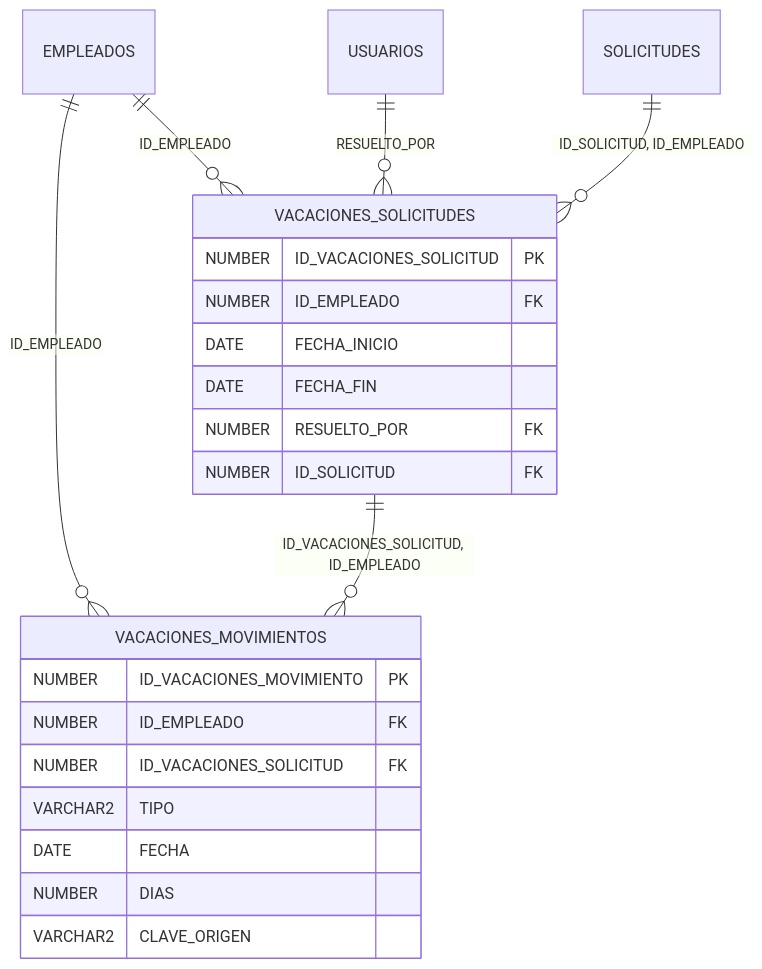
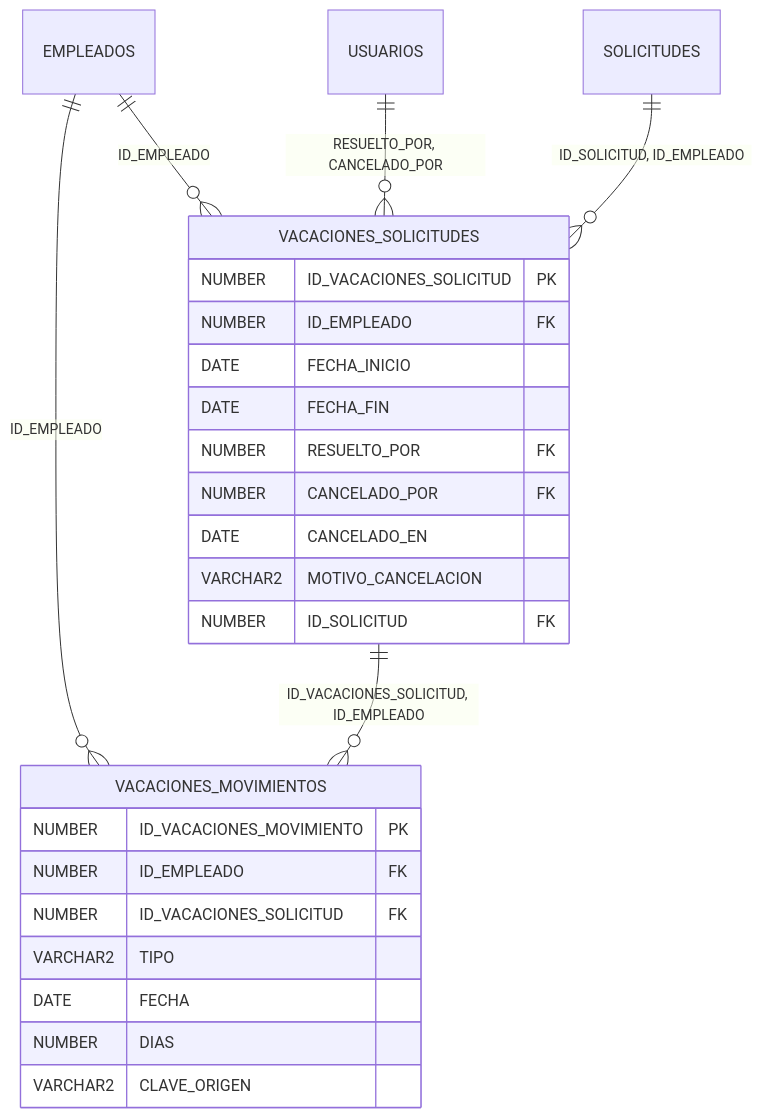
Before and after one commit to emartinez-umg/Nomina_2: the tenth of 22 diagrams in docs/ERD.md, drawn with Mermaid. The commit also changed other lines of this file and 33 other files, not shown here.

````diff
--- a/docs/ERD.md
+++ b/docs/ERD.md
@@ -515,25 +516,28 @@
 ```mermaid
 erDiagram
     VACACIONES_SOLICITUDES {
         NUMBER ID_VACACIONES_SOLICITUD PK
         NUMBER ID_EMPLEADO FK
         DATE FECHA_INICIO
         DATE FECHA_FIN
         NUMBER RESUELTO_POR FK
+        NUMBER CANCELADO_POR FK
+        DATE CANCELADO_EN
+        VARCHAR2 MOTIVO_CANCELACION
         NUMBER ID_SOLICITUD FK
     }
     VACACIONES_MOVIMIENTOS {
         NUMBER ID_VACACIONES_MOVIMIENTO PK
         NUMBER ID_EMPLEADO FK
         NUMBER ID_VACACIONES_SOLICITUD FK
         VARCHAR2 TIPO
         DATE FECHA
         NUMBER DIAS
         VARCHAR2 CLAVE_ORIGEN
     }
     EMPLEADOS ||--o{ VACACIONES_SOLICITUDES : "ID_EMPLEADO"
-    USUARIOS ||--o{ VACACIONES_SOLICITUDES : "RESUELTO_POR"
+    USUARIOS ||--o{ VACACIONES_SOLICITUDES : "RESUELTO_POR, CANCELADO_POR"
     SOLICITUDES ||--o{ VACACIONES_SOLICITUDES : "ID_SOLICITUD, ID_EMPLEADO"
     EMPLEADOS ||--o{ VACACIONES_MOVIMIENTOS : "ID_EMPLEADO"
     VACACIONES_SOLICITUDES ||--o{ VACACIONES_MOVIMIENTOS : "ID_VACACIONES_SOLICITUD, ID_EMPLEADO"
 ```
````
